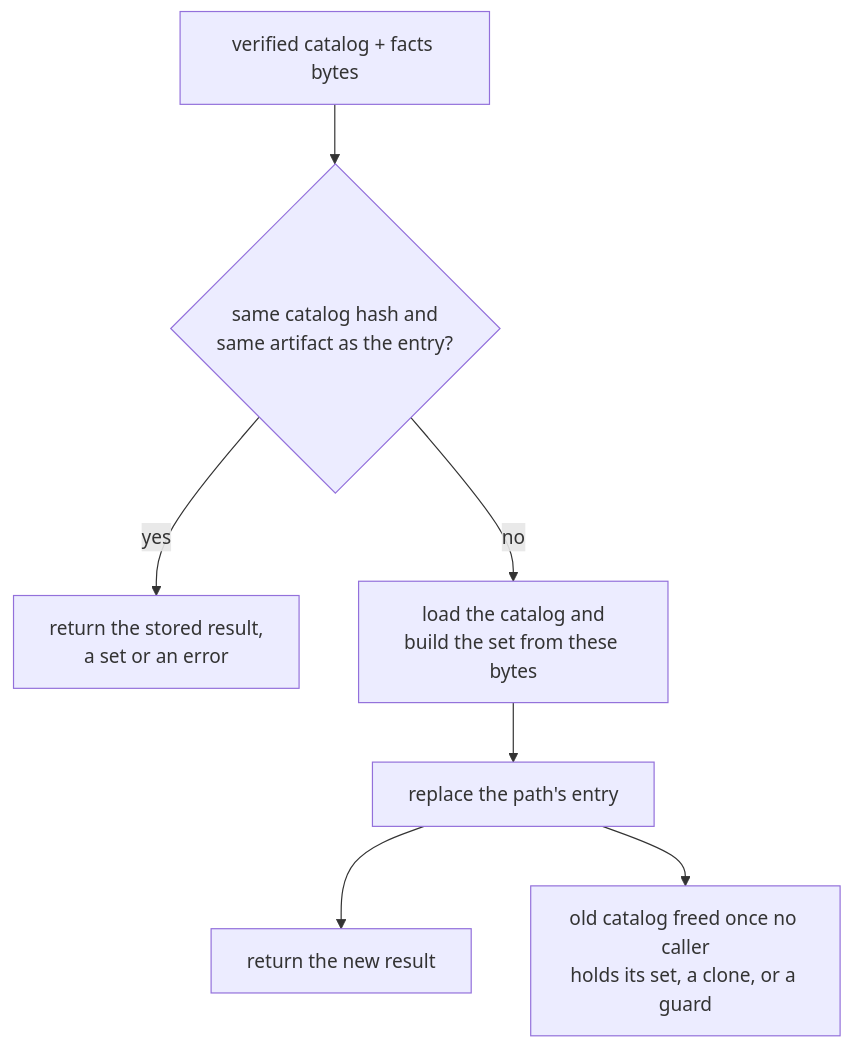
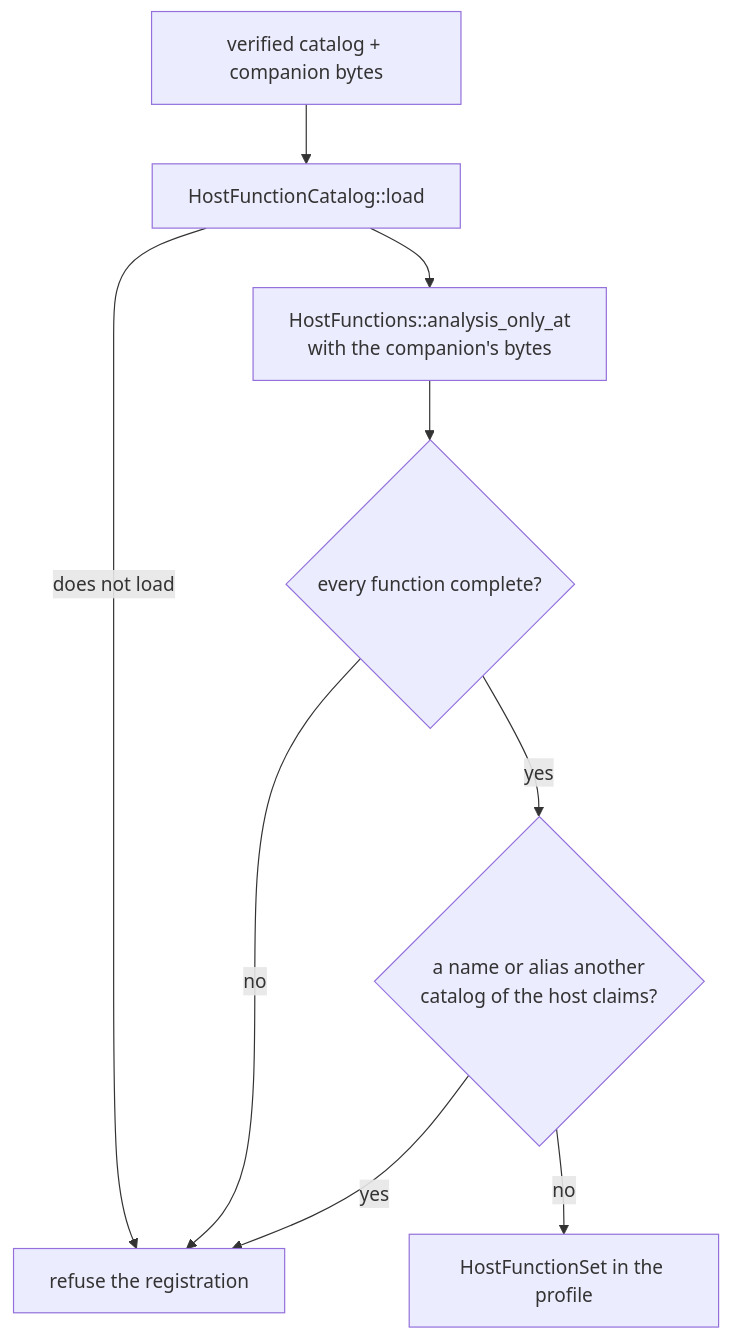
The second of 2 diagrams in darkmatter/docs/topics/host-functions.md (yankeeinlondon/rusty-biscuit), drawn with Mermaid before and after one commit. The commit also changed other lines of this file and 96 other files, not shown here.

First line of the commit message:
feat(darkmatter): add callable schemas and verified host registrations

````diff
--- a/darkmatter/docs/topics/host-functions.md
+++ b/darkmatter/docs/topics/host-functions.md
@@ -289,9 +327,11 @@
 ```mermaid
 flowchart TD
-    A[verified catalog + facts bytes] --> B{same catalog hash and<br/>same artifact as the entry?}
-    B -- yes --> C[return the stored result,<br/>a set or an error]
-    B -- no --> D[load the catalog and<br/>build the set from these bytes]
-    D --> E[replace the path's entry]
-    E --> F[return the new result]
-    E --> G[old catalog freed once no caller<br/>holds its set, a clone, or a guard]
+    A[verified catalog + companion bytes] --> B[HostFunctionCatalog::load]
+    B -- does not load --> R[refuse the registration]
+    B --> C[HostFunctions::analysis_only_at<br/>with the companion's bytes]
+    C --> D{every function complete?}
+    D -- no --> R
+    D -- yes --> E{a name or alias another<br/>catalog of the host claims?}
+    E -- yes --> R
+    E -- no --> P[HostFunctionSet in the profile]
 ```
````
